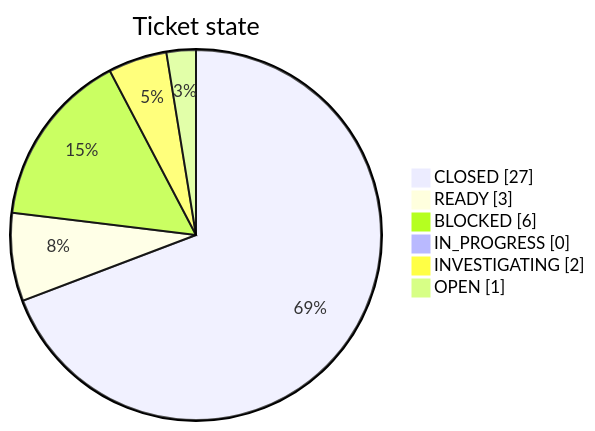
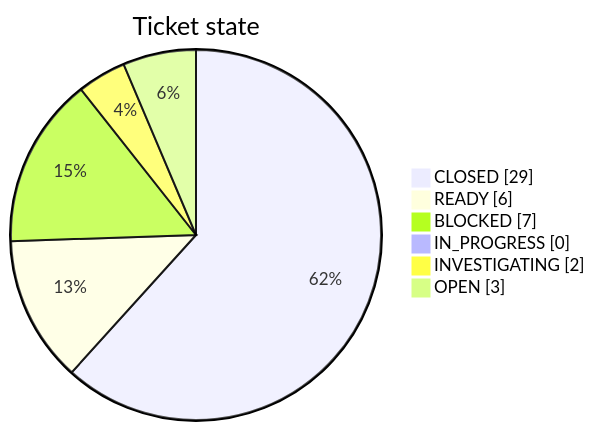
One commit to TECHSCHOLAR777/SINGLE-CHANNEL-SPEECH-SEPARATION-PROJECT changed the first of 2 diagrams in docs/restoration/ISSUE_LEDGER.md. Above: the diagram before and after it, drawn with Mermaid. The commit also changed other lines of this file and 1 other file, not shown here.

````diff
--- a/docs/restoration/ISSUE_LEDGER.md
+++ b/docs/restoration/ISSUE_LEDGER.md
@@ -81,10 +89,10 @@
 ```mermaid
 pie showData
     title Ticket state
-    "CLOSED" : 27
-    "READY" : 3
-    "BLOCKED" : 6
+    "CLOSED" : 29
+    "READY" : 6
+    "BLOCKED" : 7
     "IN_PROGRESS" : 0
     "INVESTIGATING" : 2
-    "OPEN" : 1
+    "OPEN" : 3
 ```
````
